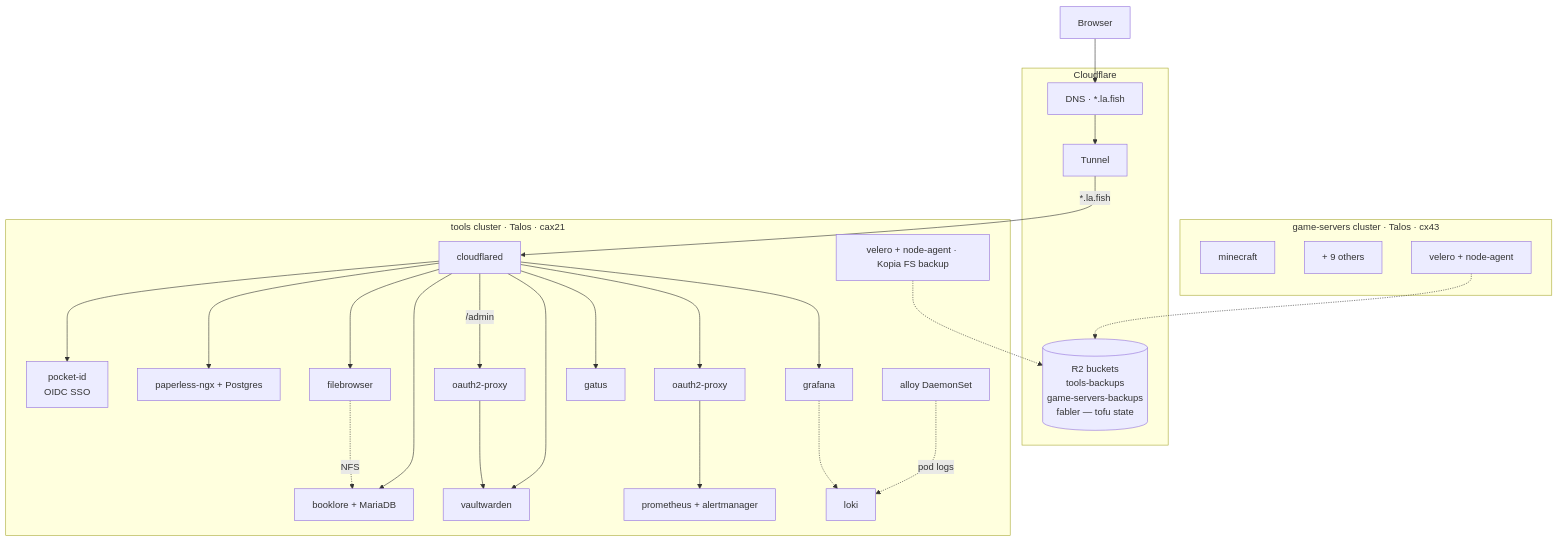
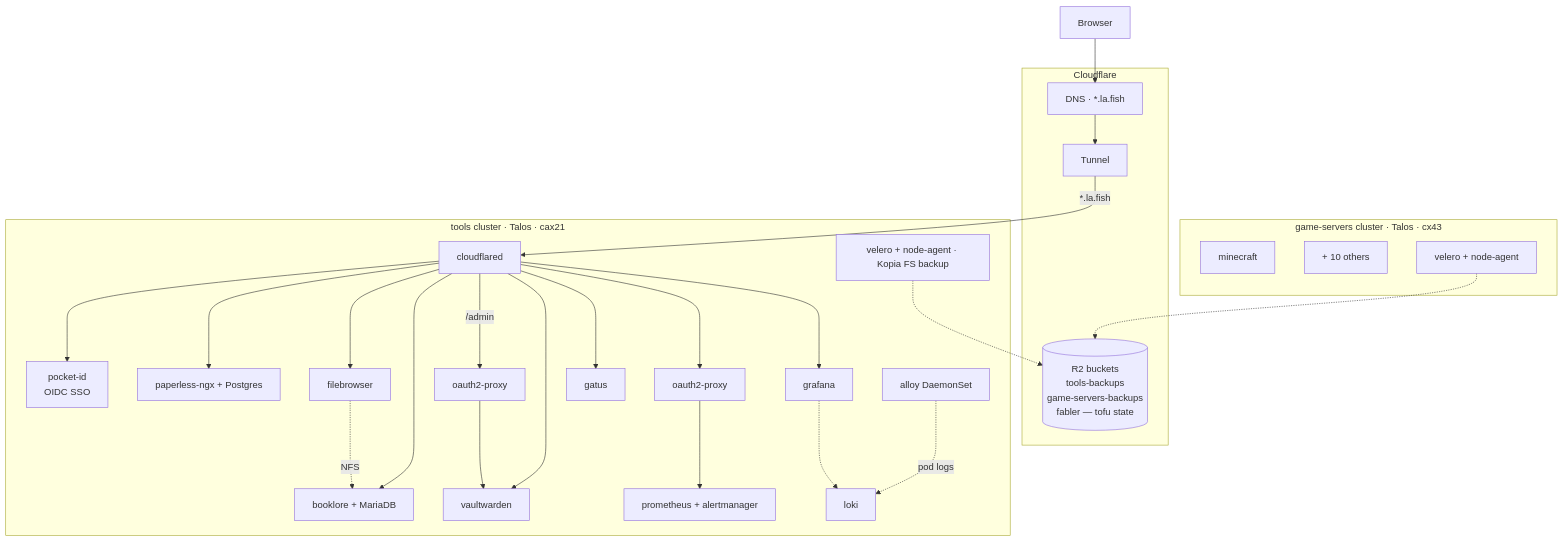
The diagram in README.md (idarlafish/homelab), drawn with Mermaid before and after one commit. The commit also changed other lines of this file and 11 other files, not shown here.

````diff
--- a/README.md
+++ b/README.md
@@ -20,40 +20,40 @@
 ```mermaid
 flowchart TD
     Browser --> CFDNS
 
     subgraph CF[Cloudflare]
         CFDNS[DNS · *.la.fish]
         CFTUN[Tunnel]
         CFR2[(R2 buckets<br/>tools-backups<br/>game-servers-backups<br/>fabler — tofu state)]
         CFDNS --> CFTUN
     end
 
     subgraph TOOLS[tools cluster · Talos · cax21]
         CFD[cloudflared]
         CFD --> PID[pocket-id<br/>OIDC SSO]
         CFD --> BL[booklore + MariaDB]
         CFD --> PL[paperless-ngx + Postgres]
         CFD --> VW[vaultwarden]
         CFD -->|"/admin"| O2V[oauth2-proxy] --> VW
         CFD --> FB[filebrowser]
         CFD --> GRF[grafana]
         CFD --> O2P[oauth2-proxy] --> PRM[prometheus + alertmanager]
         CFD --> GTS[gatus]
         ALY[alloy DaemonSet] -.->|pod logs| LK[loki]
         GRF -.-> LK
 
         VLR[velero + node-agent · Kopia FS backup]
         FB -. NFS .-> BL
     end
 
     subgraph GAMES[game-servers cluster · Talos · cx43]
         MC[minecraft]
-        OTH[+ 9 others]
+        OTH[+ 10 others]
         VLG[velero + node-agent]
     end
 
     CFTUN -->|*.la.fish| CFD
 
     VLR .-> CFR2
     VLG .-> CFR2
 ```
````
